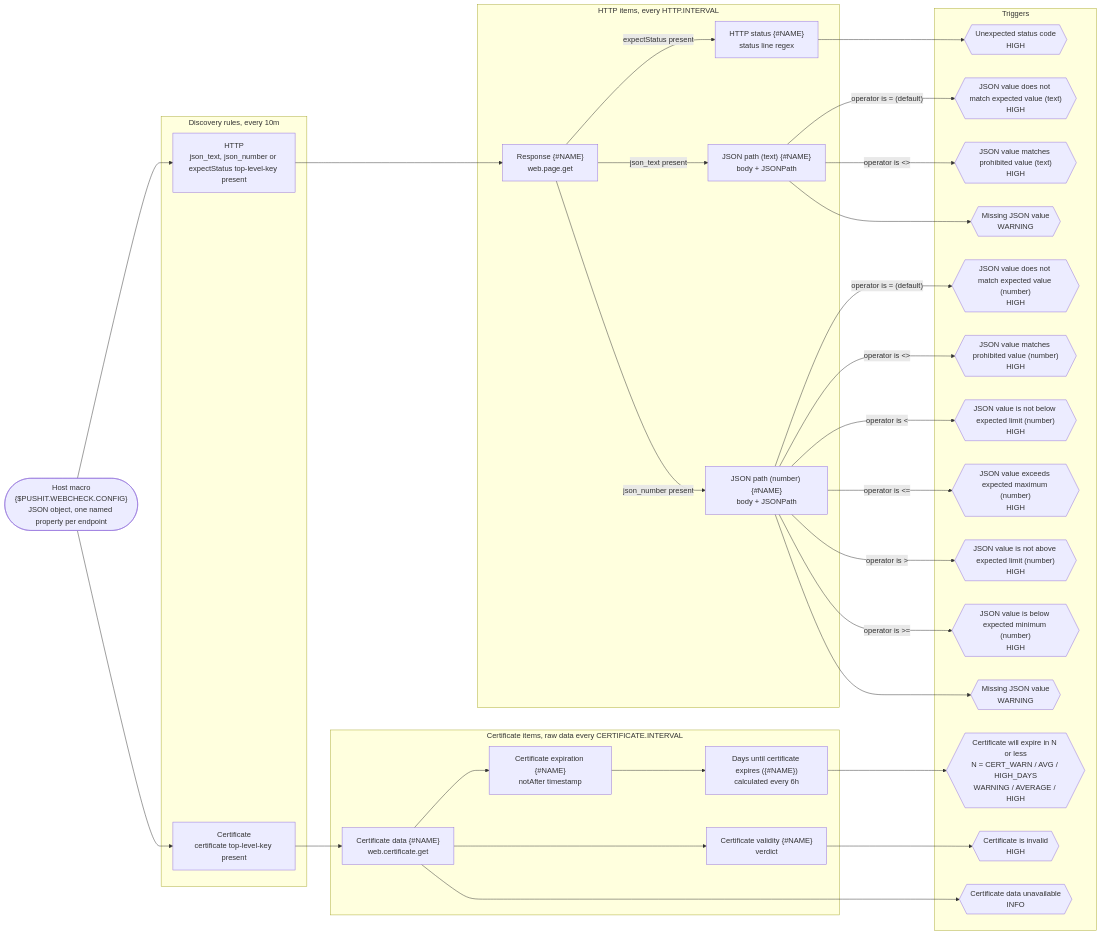
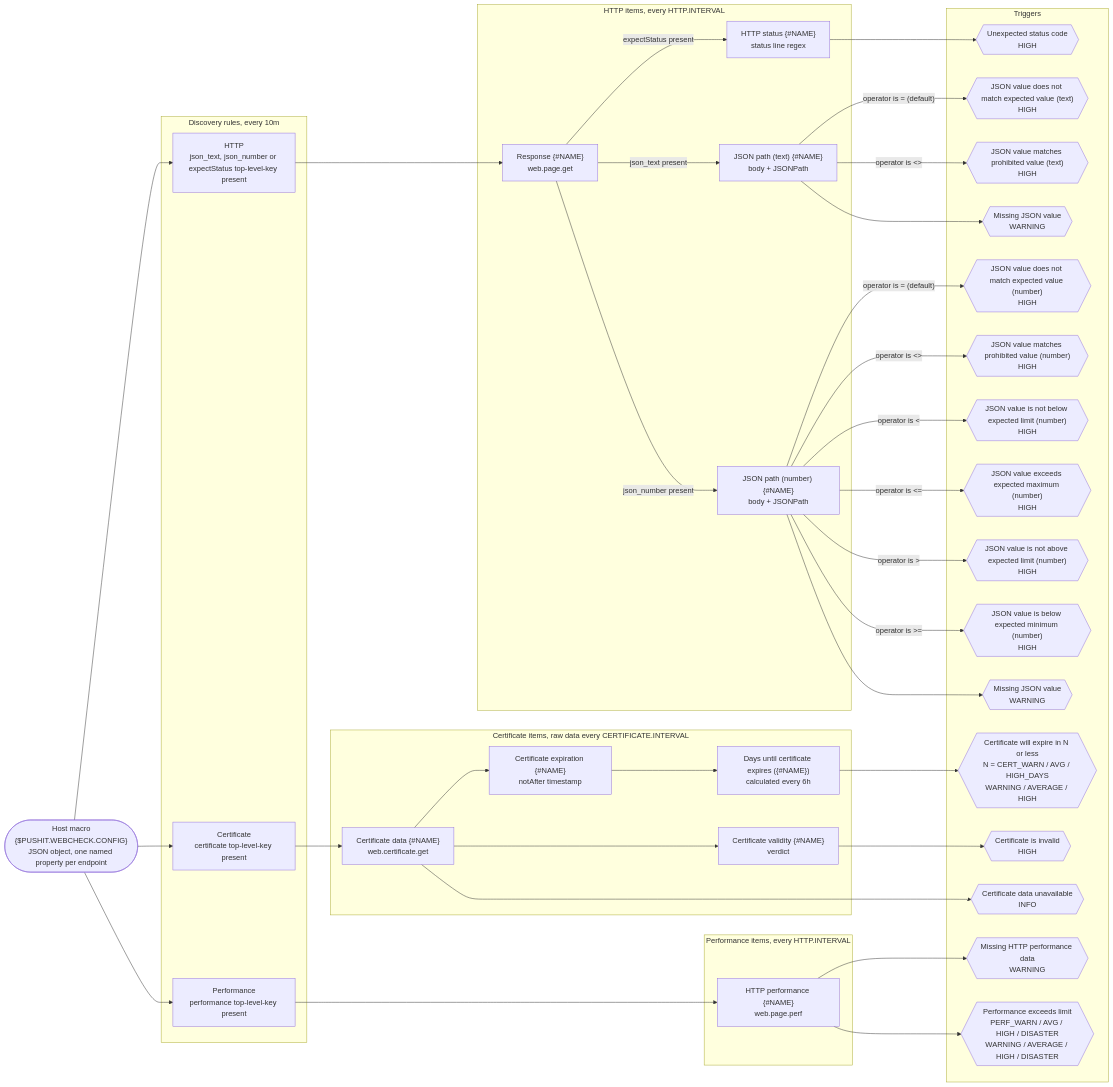
Before and after one commit to we-push-it/zabbix-web-check: the diagram in README.md, drawn with Mermaid. The commit also changed other lines of this file and 3 other files, not shown here.

Commit message:
Add new check HTTP performance

````diff
--- a/README.md
+++ b/README.md
@@ -52,63 +54,72 @@
 ```mermaid
 flowchart LR
     CFG(["Host macro<br/>{$PUSHIT.WEBCHECK.CONFIG}<br/>JSON object, one named property per endpoint"])
 
     subgraph DISCOVERY ["Discovery rules, every 10m"]
         DRULE_HTTP["HTTP<br/>json_text, json_number or expectStatus top-level-key present"]
         DRULE_CERT["Certificate<br/>certificate top-level-key present"]
+        DRULE_PERF["Performance<br/>performance top-level-key present"]
     end
 
     subgraph HTTP ["HTTP items, every HTTP.INTERVAL"]
         ITM_HTTP_RAW["Response {#NAME}<br/>web.page.get"]
         ITM_HTTP_STATUS["HTTP status {#NAME}<br/>status line regex"]
         ITM_JSON_TXT["JSON path (text) {#NAME}<br/>body + JSONPath"]
         ITM_JSON_NUM["JSON path (number) {#NAME}<br/>body + JSONPath"]
+    end
+
+    subgraph PERFORMANCE ["Performance items, every HTTP.INTERVAL"]
+        ITM_PERF["HTTP performance {#NAME}<br/>web.page.perf"]
     end
 
     subgraph CERTIFICATE ["Certificate items, raw data every CERTIFICATE.INTERVAL"]
         ITM_CERT_RAW["Certificate data {#NAME}<br/>web.certificate.get"]
         ITM_CERT_NOT_AFTER["Certificate expiration {#NAME}<br/>notAfter timestamp"]
         ITM_CERT_VALIDITY["Certificate validity {#NAME}<br/>verdict"]
         ITM_CERT_DAYS_REMAIN["Days until certificate expires ({#NAME})<br/>calculated every 6h"]
     end
 
     subgraph TRG ["Triggers"]
         TRG_STATUS_NOT_MATCH{{"Unexpected status code<br/>HIGH"}}
         TRG_TXT_NOT_MATCH{{"JSON value does not match expected value (text)<br/>HIGH"}}
         TRG_NUM_NOT_MATCH{{"JSON value does not match expected value (number)<br/>HIGH"}}
         TRG_TXT_MATCH{{"JSON value matches prohibited value (text)<br/>HIGH"}}
         TRG_NUM_MATCH{{"JSON value matches prohibited value (number)<br/>HIGH"}}
         TRG_NUM_LESS_THAN{{"JSON value is not below expected limit (number)<br/>HIGH"}}
         TRG_NUM_LESS_OR_EQUAL{{"JSON value exceeds expected maximum (number)<br/>HIGH"}}
         TRG_NUM_GREATER_THAN{{"JSON value is not above expected limit (number)<br/>HIGH"}}
         TRG_NUM_GREATER_OR_EQUAL{{"JSON value is below expected minimum (number)<br/>HIGH"}}
         TRG_TXT_ABSENT{{"Missing JSON value<br/>WARNING"}}
         TRG_NUM_ABSENT{{"Missing JSON value<br/>WARNING"}}
         TRG_CERT_ABSENT{{"Certificate data unavailable<br/>INFO"}}
         TRG_CERT_INVALID{{"Certificate is invalid<br/>HIGH"}}
         TRG_CERT_EXPIRY{{"Certificate will expire in N or less<br/>N = CERT_WARN / AVG / HIGH_DAYS<br/>WARNING / AVERAGE / HIGH"}}
+        TRG_PERF_ABSENT{{"Missing HTTP performance data<br/>WARNING"}}
+        TRG_PERF_LIMIT{{"Performance exceeds limit<br/>PERF_WARN / AVG / HIGH / DISASTER<br/>WARNING / AVERAGE / HIGH / DISASTER"}}
     end
 
-    CFG --> DRULE_HTTP & DRULE_CERT
+    CFG --> DRULE_HTTP & DRULE_CERT & DRULE_PERF
     DRULE_HTTP --> ITM_HTTP_RAW
     ITM_HTTP_RAW -->|expectStatus present| ITM_HTTP_STATUS
     ITM_HTTP_RAW -->|json_text present| ITM_JSON_TXT
     ITM_HTTP_RAW -->|json_number present| ITM_JSON_NUM
     DRULE_CERT --> ITM_CERT_RAW
     ITM_CERT_RAW --> ITM_CERT_NOT_AFTER & ITM_CERT_VALIDITY
     ITM_CERT_NOT_AFTER --> ITM_CERT_DAYS_REMAIN
     ITM_HTTP_STATUS --> TRG_STATUS_NOT_MATCH
     ITM_JSON_TXT -->|"operator is = (default)"| TRG_TXT_NOT_MATCH
     ITM_JSON_TXT -->|"operator is <>"| TRG_TXT_MATCH
     ITM_JSON_TXT --> TRG_TXT_ABSENT
     ITM_CERT_RAW --> TRG_CERT_ABSENT
     ITM_CERT_VALIDITY --> TRG_CERT_INVALID
     ITM_CERT_DAYS_REMAIN --> TRG_CERT_EXPIRY
     ITM_JSON_NUM -->|"operator is = (default)"| TRG_NUM_NOT_MATCH
     ITM_JSON_NUM -->|"operator is <>"| TRG_NUM_MATCH
     ITM_JSON_NUM -->|"operator is <"| TRG_NUM_LESS_THAN
     ITM_JSON_NUM -->|"operator is <="| TRG_NUM_LESS_OR_EQUAL
     ITM_JSON_NUM -->|"operator is >"| TRG_NUM_GREATER_THAN
     ITM_JSON_NUM -->|"operator is >="| TRG_NUM_GREATER_OR_EQUAL
     ITM_JSON_NUM --> TRG_NUM_ABSENT
+    DRULE_PERF --> ITM_PERF
+    ITM_PERF --> TRG_PERF_ABSENT & TRG_PERF_LIMIT
 ```
````
